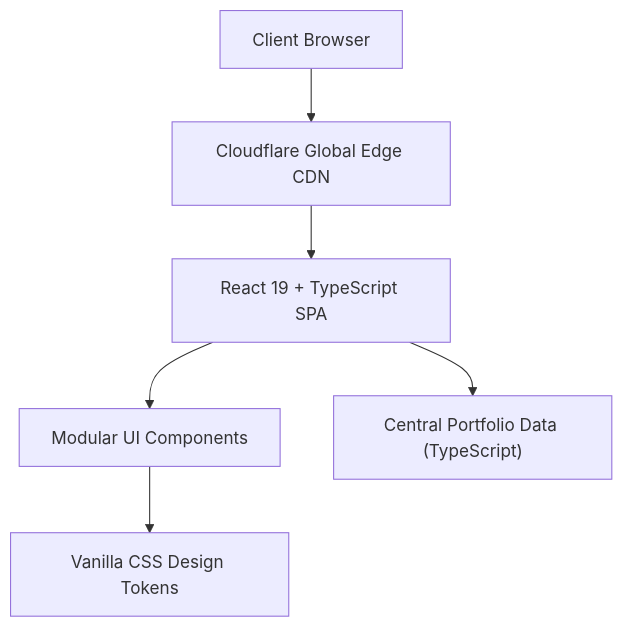
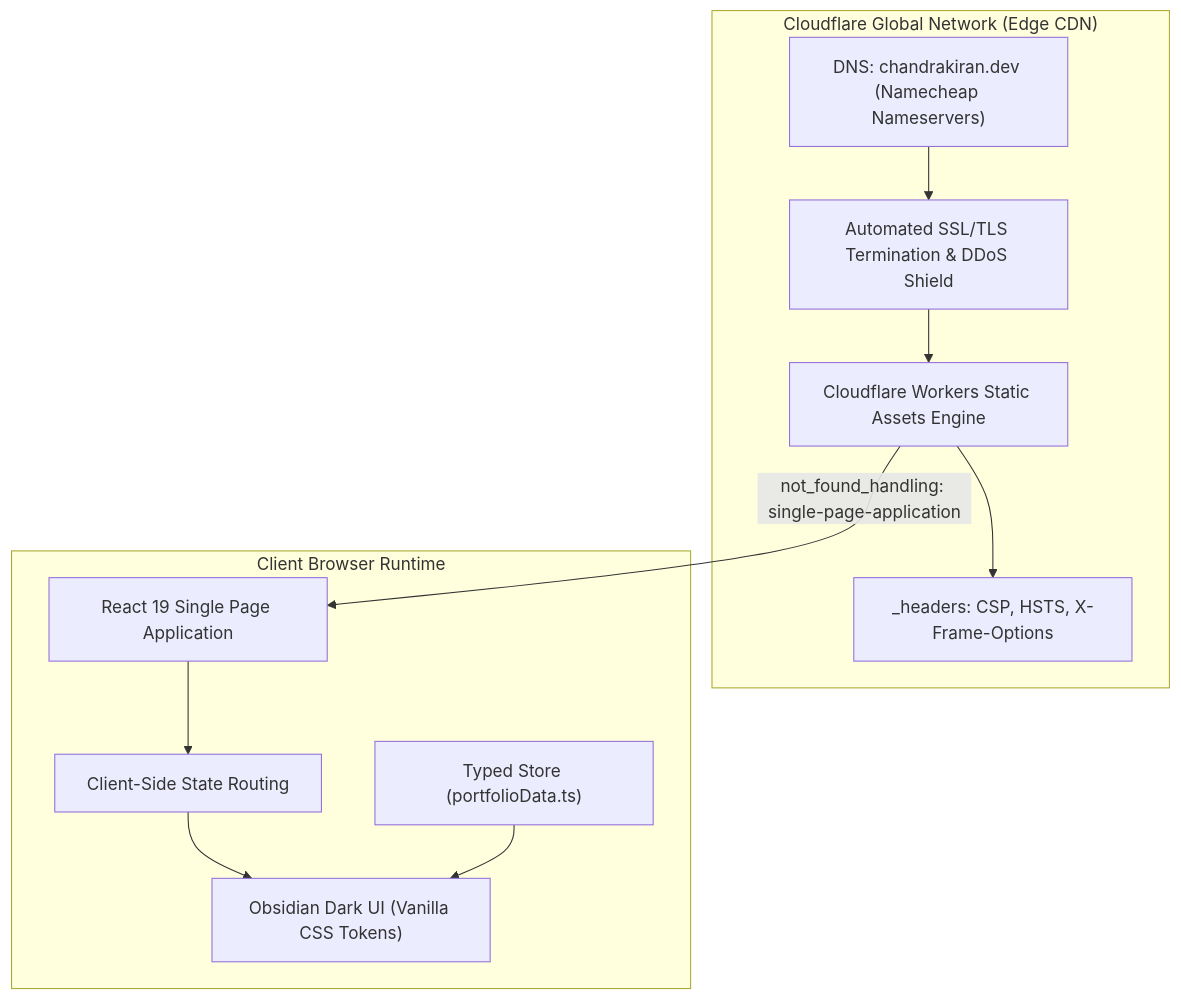
One commit to chandrakiranmalkapuram/chandra-kiran-portfolio changed the diagram in README.md. Above: the diagram before and after it, drawn with Mermaid. The commit also changed other lines of this file, not shown here.

Commit message:
docs: modernize and professionalize README with executive showcase and system architecture

````diff
--- a/README.md
+++ b/README.md
@@ -94,8 +100,24 @@
 ```mermaid
-graph TD
-    Client["Client Browser"] --> Cloudflare["Cloudflare Global Edge CDN"]
-    Cloudflare --> SPA["React 19 + TypeScript SPA"]
-    SPA --> Components["Modular UI Components"]
-    SPA --> DataStore["Central Portfolio Data (TypeScript)"]
-    Components --> Styling["Vanilla CSS Design Tokens"]
+flowchart TD
+    subgraph Edge ["Cloudflare Global Network (Edge CDN)"]
+        DNS["DNS: chandrakiran.dev (Namecheap Nameservers)"]
+        SSL["Automated SSL/TLS Termination & DDoS Shield"]
+        Worker["Cloudflare Workers Static Assets Engine"]
+        Headers["_headers: CSP, HSTS, X-Frame-Options"]
+    end
+
+    subgraph Client ["Client Browser Runtime"]
+        SPA["React 19 Single Page Application"]
+        Router["Client-Side State Routing"]
+        UI["Obsidian Dark UI (Vanilla CSS Tokens)"]
+        Store["Typed Store (portfolioData.ts)"]
+    end
+
+    DNS --> SSL
+    SSL --> Worker
+    Worker --> Headers
+    Worker -- "not_found_handling: single-page-application" --> SPA
+    SPA --> Router
+    Router --> UI
+    Store --> UI
 ```
````
